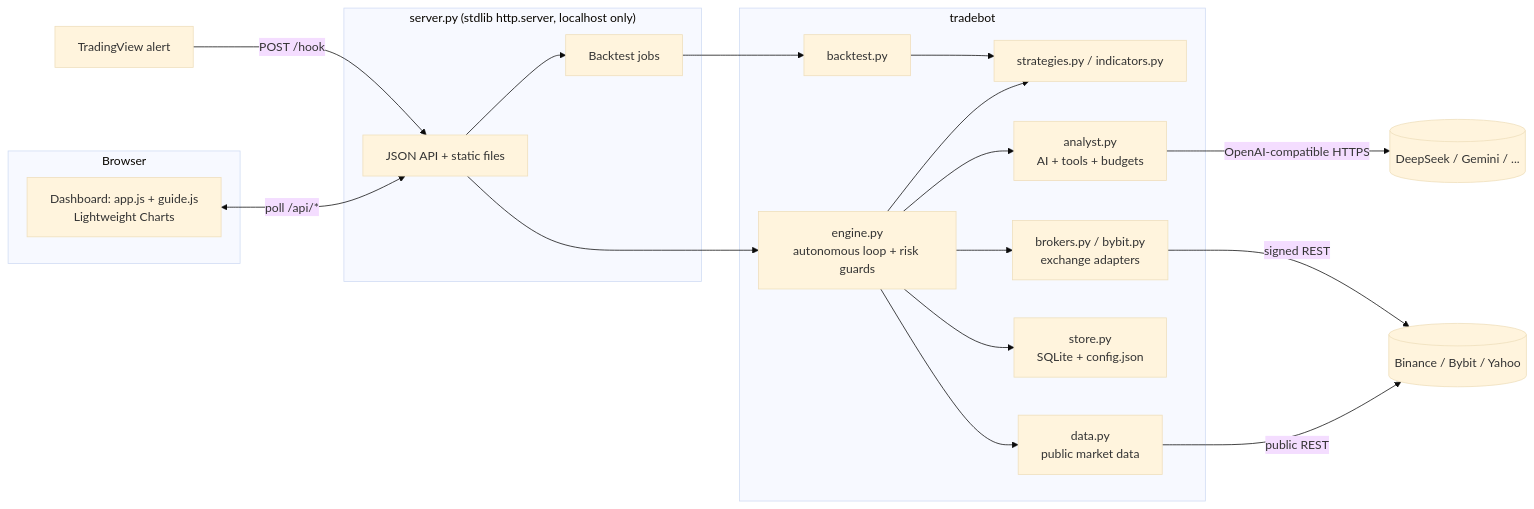
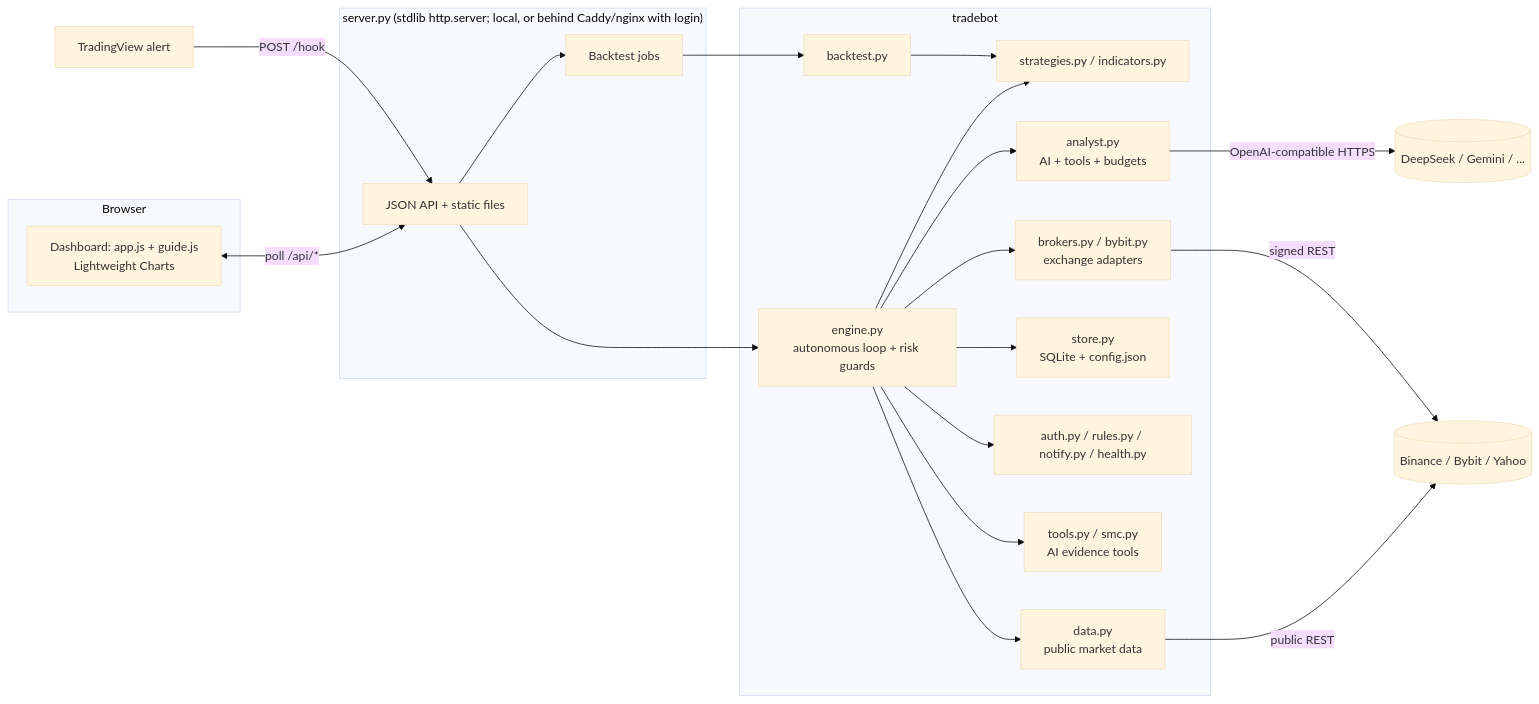
Before and after one commit to reid45/sentinel-trading-bot: the diagram in README.md, drawn with Mermaid (base theme). The commit also changed other lines of this file and 59 other files, not shown here.

````diff
--- a/README.md
+++ b/README.md
@@ -49,27 +59,29 @@
 ```mermaid
 flowchart LR
   subgraph Browser
     UI[Dashboard: app.js + guide.js<br/>Lightweight Charts]
   end
-  subgraph "server.py (stdlib http.server, localhost only)"
+  subgraph "server.py (stdlib http.server; local, or behind Caddy/nginx with login)"
     API[JSON API + static files]
     JOBS[Backtest jobs]
   end
   subgraph tradebot
     ENG[engine.py<br/>autonomous loop + risk guards]
     STR[strategies.py / indicators.py]
     BT[backtest.py]
     AN[analyst.py<br/>AI + tools + budgets]
     BR[brokers.py / bybit.py<br/>exchange adapters]
     ST[store.py<br/>SQLite + config.json]
+    AU[auth.py / rules.py / notify.py / health.py]
+    TL[tools.py / smc.py<br/>AI evidence tools]
     DA[data.py<br/>public market data]
   end
   UI <-->|poll /api/*| API
   API --> ENG & JOBS
-  ENG --> STR & AN & BR & ST & DA
+  ENG --> STR & AN & BR & ST & DA & AU & TL
   JOBS --> BT --> STR
   AN -->|OpenAI-compatible HTTPS| LLM[(DeepSeek / Gemini / ...)]
   DA -->|public REST| EX[(Binance / Bybit / Yahoo)]
   BR -->|signed REST| EX
   TV[TradingView alert] -->|POST /hook| API
 ```
````
